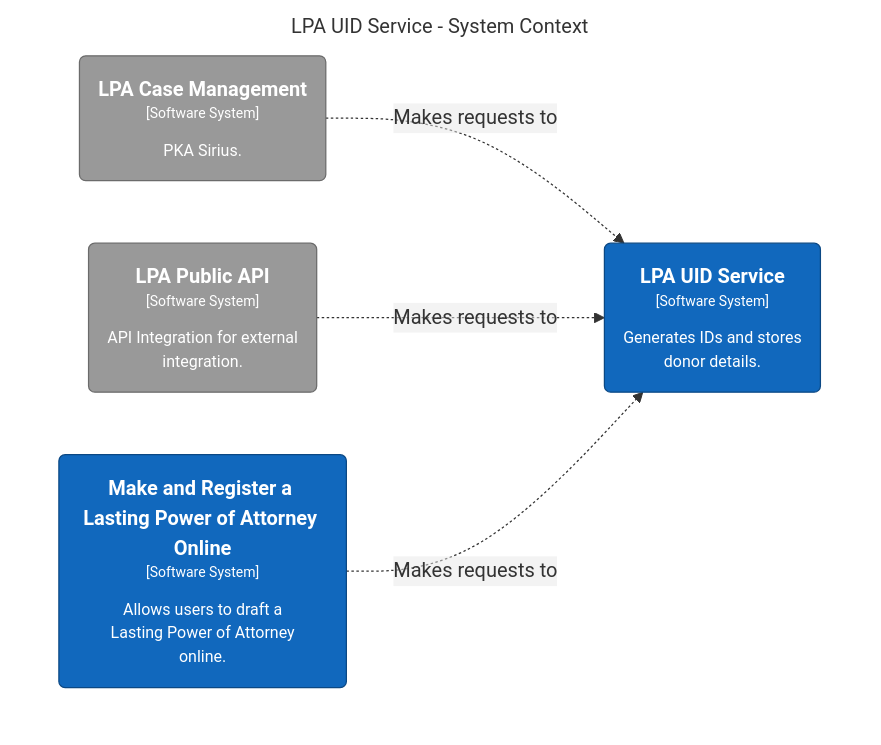
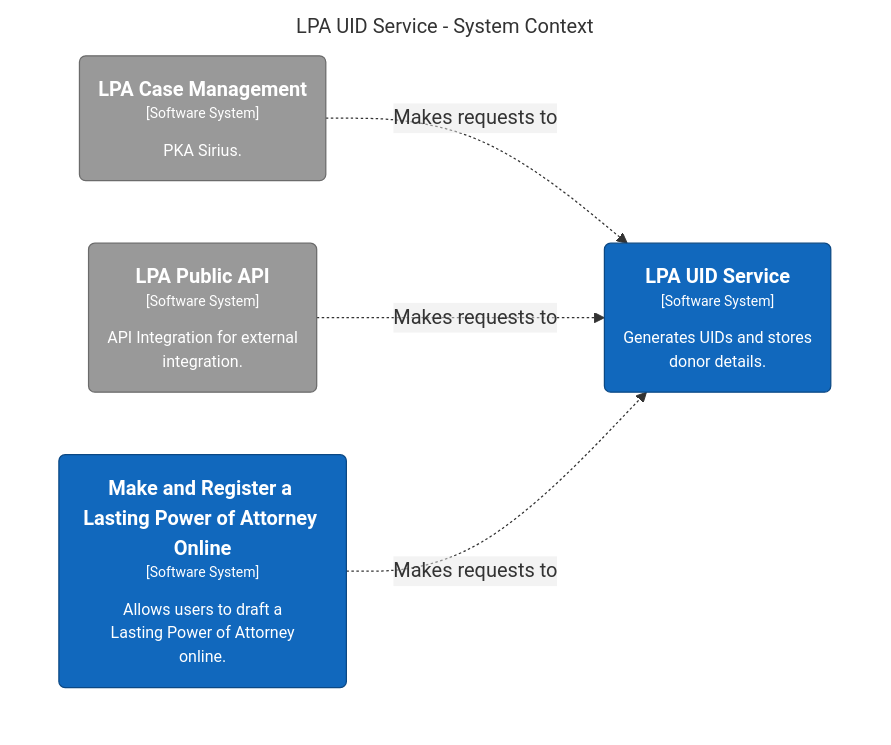
The diagram in docs/architecture/dsl/local/structurizr-SystemContext.mmd (ministryofjustice/opg-data-lpa-uid), drawn with Mermaid before and after one commit. The commit also changed 7 other files, not shown here.

First line of the commit message:
Rename service to LPA *UID* (#19)

```diff
--- a/docs/architecture/dsl/local/structurizr-SystemContext.mmd
+++ b/docs/architecture/dsl/local/structurizr-SystemContext.mmd
@@ -1,19 +1,19 @@
 graph TB
   linkStyle default fill:#ffffff
 
   subgraph diagram [LPA UID Service - System Context]
     style diagram fill:#ffffff,stroke:#ffffff
 
-    18("<div style='font-weight: bold'>LPA UID Service</div><div style='font-size: 70%; margin-top: 0px'>[Software System]</div><div style='font-size: 80%; margin-top:10px'>Generates IDs and stores<br />donor details.</div>")
+    18("<div style='font-weight: bold'>LPA UID Service</div><div style='font-size: 70%; margin-top: 0px'>[Software System]</div><div style='font-size: 80%; margin-top:10px'>Generates UIDs and stores<br />donor details.</div>")
     style 18 fill:#1168bd,stroke:#0b4884,color:#ffffff
     28("<div style='font-weight: bold'>LPA Case Management</div><div style='font-size: 70%; margin-top: 0px'>[Software System]</div><div style='font-size: 80%; margin-top:10px'>PKA Sirius.</div>")
     style 28 fill:#999999,stroke:#6b6b6b,color:#ffffff
     31("<div style='font-weight: bold'>LPA Public API</div><div style='font-size: 70%; margin-top: 0px'>[Software System]</div><div style='font-size: 80%; margin-top:10px'>API Integration for external<br />integration.</div>")
     style 31 fill:#999999,stroke:#6b6b6b,color:#ffffff
     6("<div style='font-weight: bold'>Make and Register a Lasting Power of Attorney Online</div><div style='font-size: 70%; margin-top: 0px'>[Software System]</div><div style='font-size: 80%; margin-top:10px'>Allows users to draft a<br />Lasting Power of Attorney<br />online.</div>")
     style 6 fill:#1168bd,stroke:#0b4884,color:#ffffff
 
     28-. "<div>Makes requests to</div><div style='font-size: 70%'></div>" .->18
     31-. "<div>Makes requests to</div><div style='font-size: 70%'></div>" .->18
     6-. "<div>Makes requests to</div><div style='font-size: 70%'></div>" .->18
   end
```
